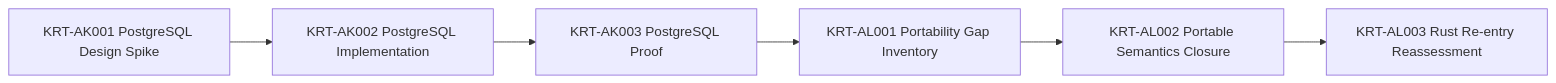
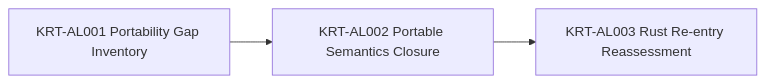
One commit to Tuvren/runtime changed the diagram in constitution/Tasks.md. Above: the diagram before and after it, drawn with Mermaid. The commit also changed other lines of this file and 39 other files, not shown here.

First line of the commit message:
Close Epic AK with PostgreSQL platform proof (#53)

````diff
--- a/constitution/Tasks.md
+++ b/constitution/Tasks.md
@@ -64,8 +65,6 @@
 ```mermaid
 flowchart LR
-  KRTAK001[KRT-AK001 PostgreSQL Design Spike] --> KRTAK002[KRT-AK002 PostgreSQL Implementation]
-  KRTAK002 --> KRTAK003[KRT-AK003 PostgreSQL Proof]
-  KRTAK003 --> KRTAL001[KRT-AL001 Portability Gap Inventory]
+  KRTAL001[KRT-AL001 Portability Gap Inventory]
   KRTAL001 --> KRTAL002[KRT-AL002 Portable Semantics Closure]
   KRTAL002 --> KRTAL003[KRT-AL003 Rust Re-entry Reassessment]
 ```
````
